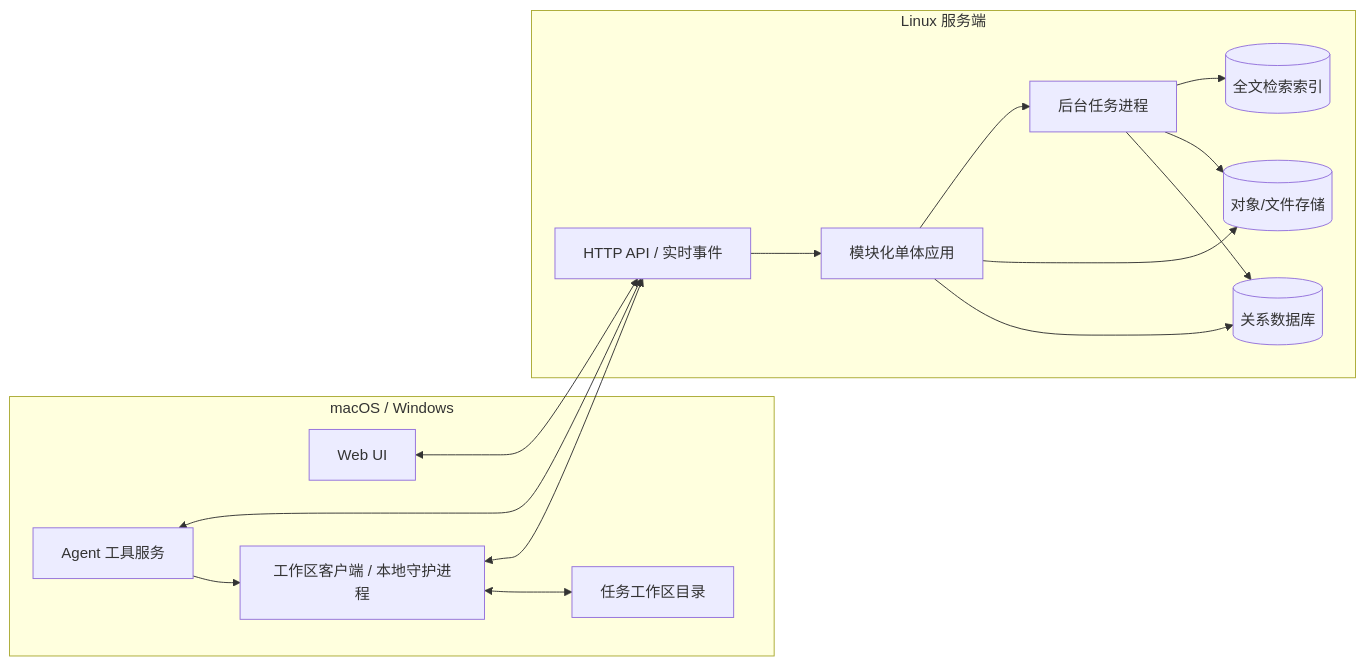
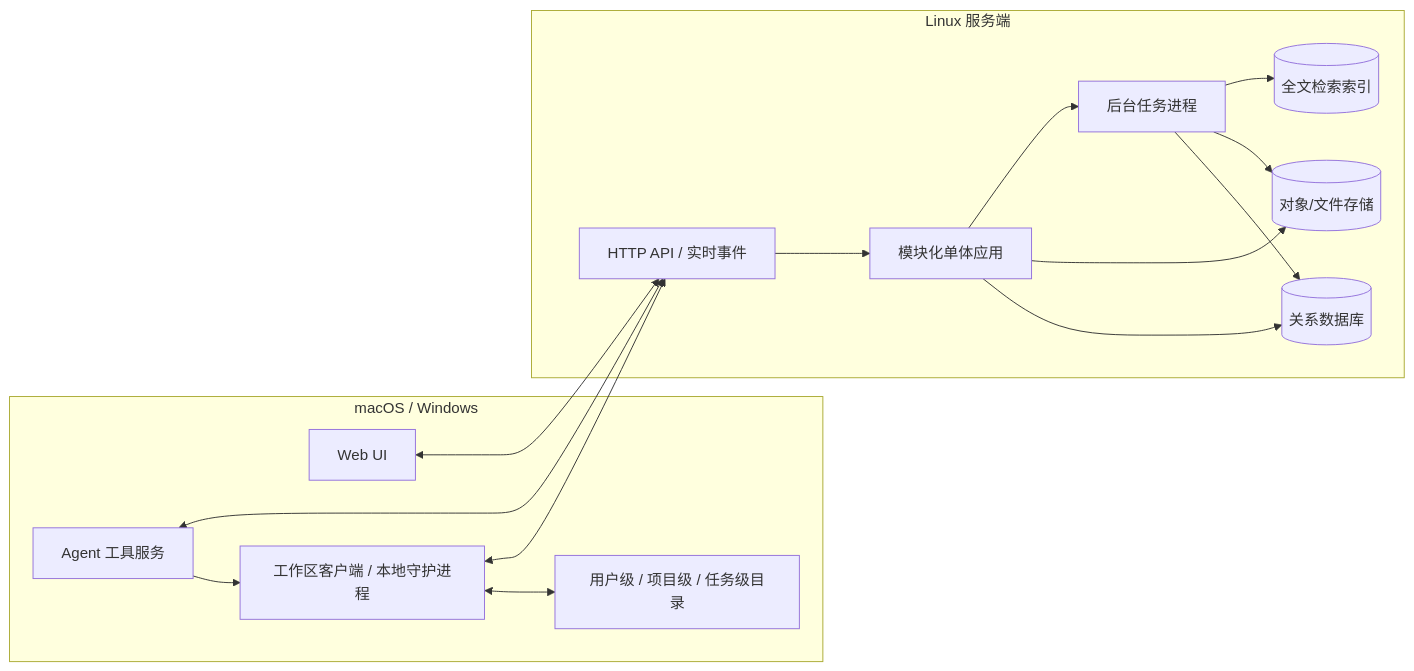
The first of 4 diagrams in docs/04-system-architecture.md (V-sion-V/NGAPD), drawn with Mermaid before and after one commit. The commit also changed other lines of this file and 9 other files, not shown here.

````diff
--- a/docs/04-system-architecture.md
+++ b/docs/04-system-architecture.md
@@ -18,31 +19,31 @@
 ```mermaid
 flowchart LR
     subgraph Clients["macOS / Windows"]
         Browser["Web UI"]
         Daemon["工作区客户端 / 本地守护进程"]
         MCP["Agent 工具服务"]
-        FS["任务工作区目录"]
+        FS["用户级 / 项目级 / 任务级目录"]
         MCP --> Daemon
         Daemon <--> FS
     end
 
     subgraph Server["Linux 服务端"]
         API["HTTP API / 实时事件"]
         App["模块化单体应用"]
         Worker["后台任务进程"]
         DB[("关系数据库")]
         Object[("对象/文件存储")]
         Search[("全文检索索引")]
         API --> App
         App --> DB
         App --> Object
         App --> Worker
         Worker --> DB
         Worker --> Object
         Worker --> Search
     end
 
     Browser <--> API
     Daemon <--> API
     MCP <--> API
 ```
````
